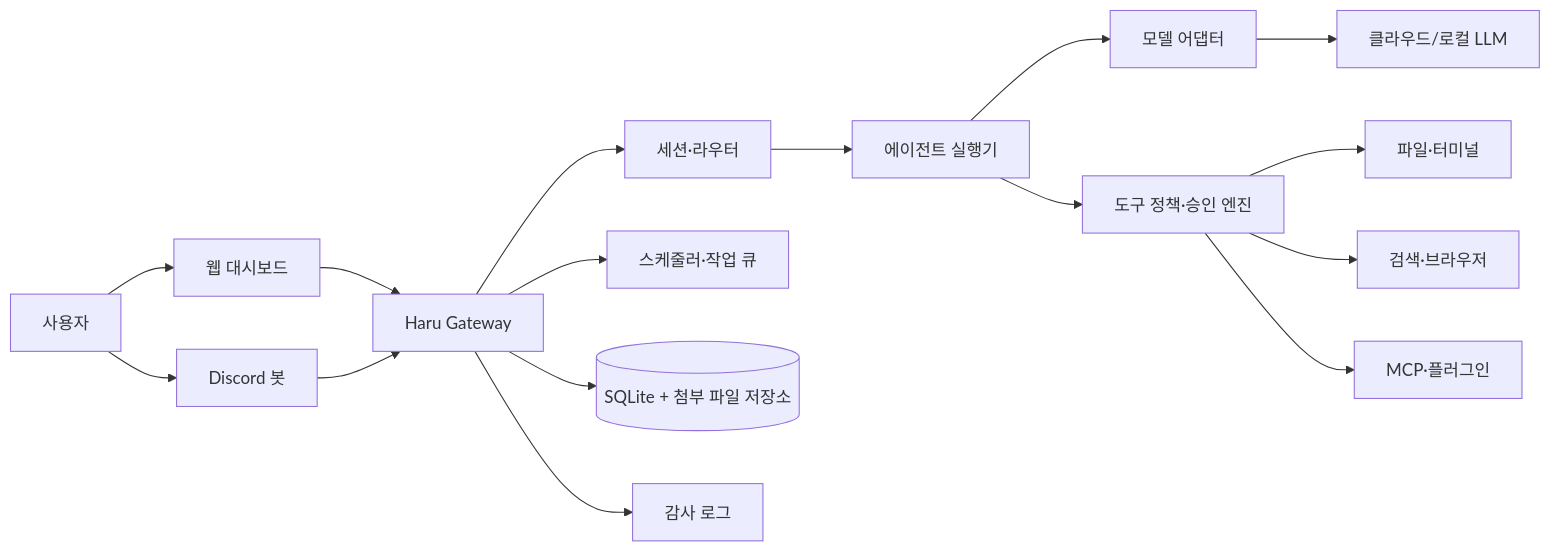
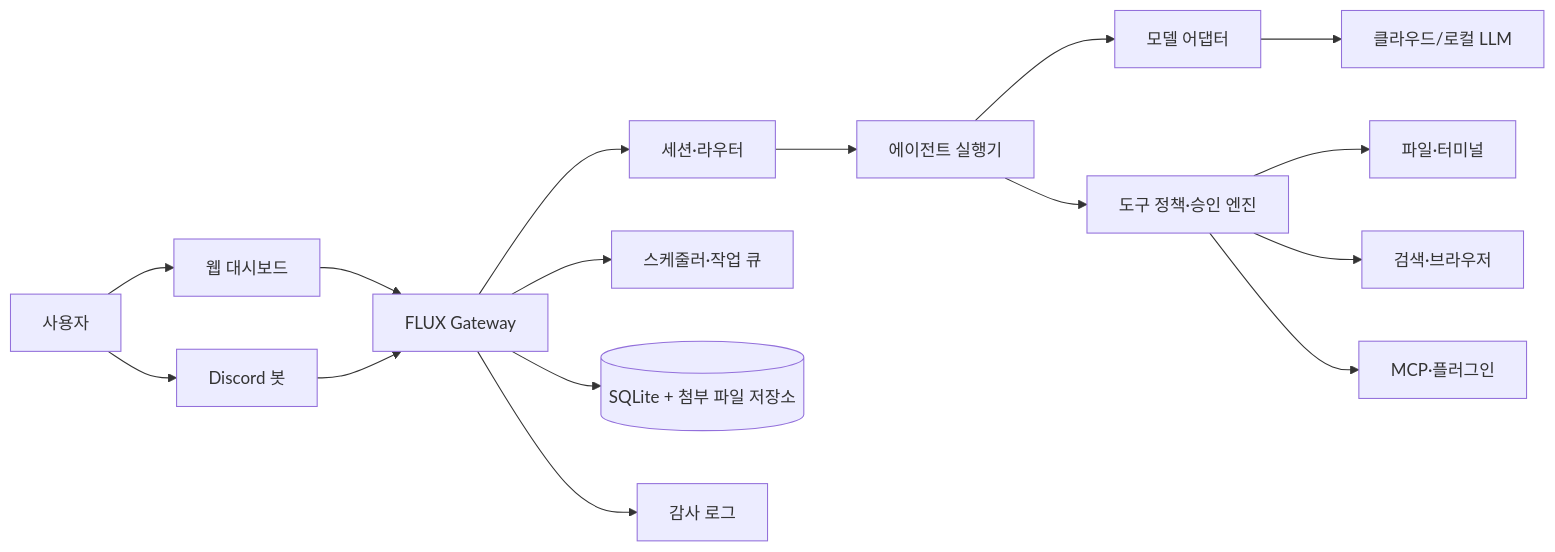
Before and after one commit to jhakk100/FLUX: the diagram in 02-product-and-architecture.md, drawn with Mermaid. The commit also changed other lines of this file and 11 other files, not shown here.

````diff
--- a/02-product-and-architecture.md
+++ b/02-product-and-architecture.md
@@ -96,18 +96,18 @@
 ```mermaid
 flowchart LR
   U["사용자"] --> W["웹 대시보드"]
   U --> D["Discord 봇"]
-  W --> G["Haru Gateway"]
+  W --> G["FLUX Gateway"]
   D --> G
   G --> S["세션·라우터"]
   S --> A["에이전트 실행기"]
   A --> M["모델 어댑터"]
   M --> P["클라우드/로컬 LLM"]
   A --> T["도구 정책·승인 엔진"]
   T --> F["파일·터미널"]
   T --> B["검색·브라우저"]
   T --> X["MCP·플러그인"]
   G --> Q["스케줄러·작업 큐"]
   G --> DB[("SQLite + 첨부 파일 저장소")]
   G --> L["감사 로그"]
 ```
````
